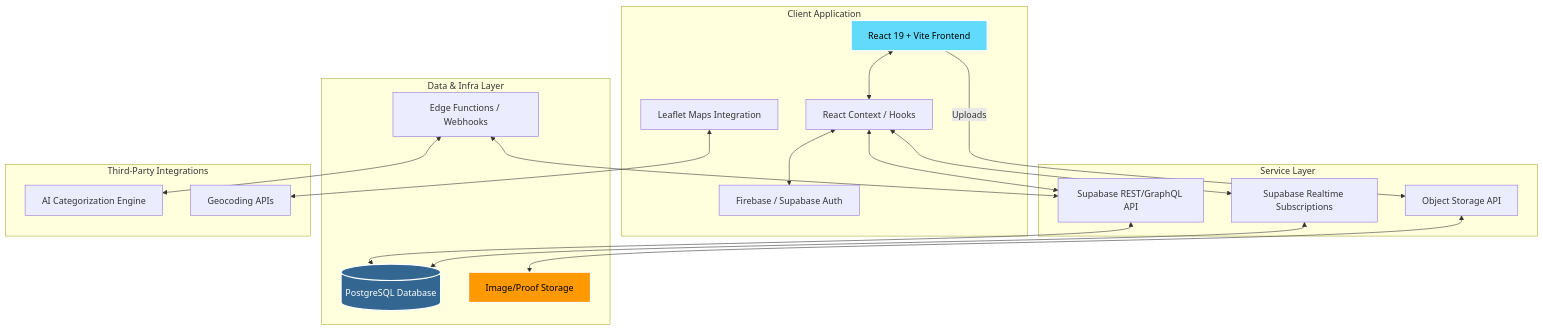
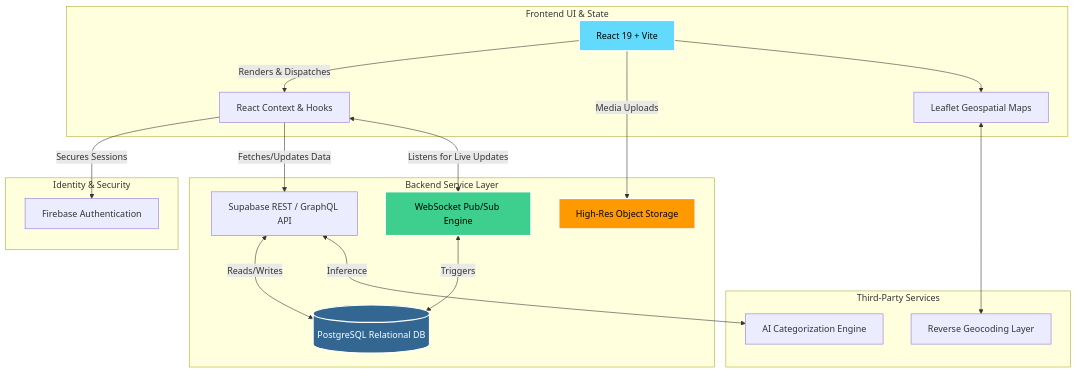
The diagram in README.md (swatimestri/civictrack), drawn with Mermaid before and after one commit. The commit also changed other lines of this file and 1 other file, not shown here.

````diff
--- a/README.md
+++ b/README.md
@@ -56,48 +50,47 @@
 ```mermaid
 graph TD
-    %% Client Tier
-    subgraph Client Application
-        UI[React 19 + Vite Frontend]
-        State[React Context / Hooks]
-        Map[Leaflet Maps Integration]
-        Auth_Client[Firebase / Supabase Auth]
+    %% Client Application
+    subgraph Client [Frontend UI & State]
+        UI[React 19 + Vite]
+        State[React Context & Hooks]
+        Map[Leaflet Geospatial Maps]
     end
 
-    %% API / Service Tier
-    subgraph Service Layer
-        API[Supabase REST/GraphQL API]
-        RealTime[Supabase Realtime Subscriptions]
-        Storage_API[Object Storage API]
+    %% External & Auth Providers
+    subgraph Auth [Identity & Security]
+        Firebase[Firebase Authentication]
     end
 
-    %% Data Tier
-    subgraph Data & Infra Layer
-        PG[(PostgreSQL Database)]
-        Bucket[Image/Proof Storage]
-        Edge[Edge Functions / Webhooks]
+    %% Service & Data Layer (Supabase)
+    subgraph Backend [Backend Service Layer]
+        API[Supabase REST / GraphQL API]
+        DB[(PostgreSQL Relational DB)]
+        Storage[High-Res Object Storage]
+        RealTime[WebSocket Pub/Sub Engine]
     end
 
-    %% External Services
-    subgraph Third-Party Integrations
-        AI[AI Categorization Engine]
-        MapsAPI[Geocoding APIs]
+    %% Logic & Integrations
+    subgraph Integrations [Third-Party Services]
+        AILogic[AI Categorization Engine]
+        Geocoding[Reverse Geocoding Layer]
     end
 
-    %% Connections
-    UI <--> State
-    State <--> Auth_Client
-    State <--> API
-    State <--> RealTime
-    Map <--> MapsAPI
-    UI -- "Uploads" --> Storage_API
+    %% Wiring it together
+    UI -->|Renders & Dispatches| State
+    State -->|Secures Sessions| Firebase
+    State -->|Fetches/Updates Data| API
+    State <-->|Listens for Live Updates| RealTime
+    UI -->|Media Uploads| Storage
     
-    API <--> PG
-    RealTime <--> PG
-    Storage_API <--> Bucket
-    Edge <--> API
-    Edge <--> AI
+    API <-->|Reads/Writes| DB
+    RealTime <-->|Triggers| DB
+    API <-->|Inference| AILogic
+    
+    Map <--> Geocoding
+    UI --> Map
     
     style UI fill:#61DAFB,stroke:#fff,stroke-width:2px,color:#000
-    style PG fill:#336791,stroke:#fff,stroke-width:2px,color:#fff
-    style Bucket fill:#FF9900,stroke:#fff,stroke-width:2px,color:#000
+    style DB fill:#336791,stroke:#fff,stroke-width:2px,color:#fff
+    style Storage fill:#FF9900,stroke:#fff,stroke-width:2px,color:#000
+    style RealTime fill:#3ECF8E,stroke:#fff,stroke-width:2px,color:#000
 ```
````
